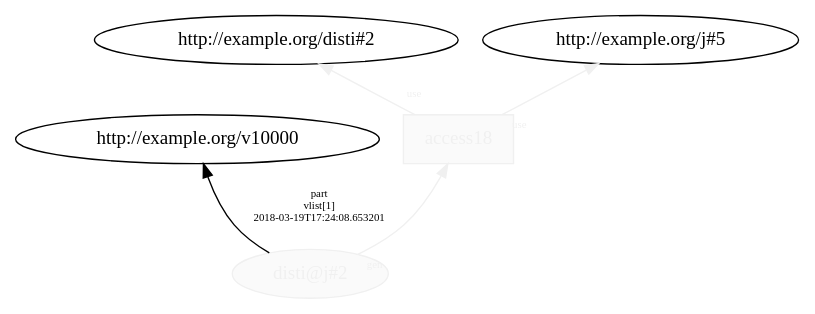
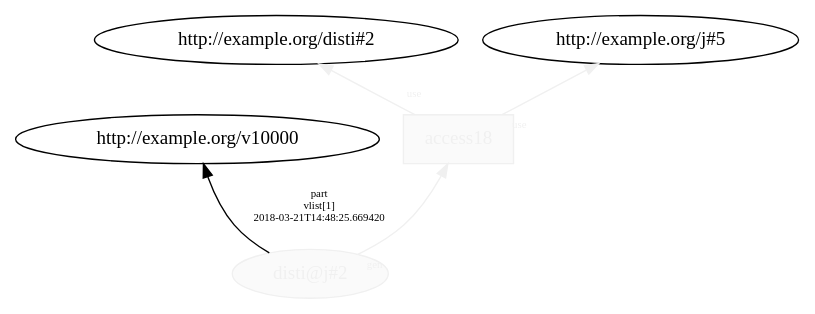
One commit to dew-uff/versioned-prov changed the diagram in generated/mutable_prov/temp/L20__access_2.dot. Above: the diagram before and after it, drawn with Graphviz. The commit also changed 779 other files, not shown here.

```diff
--- a/generated/mutable_prov/temp/L20__access_2.dot
+++ b/generated/mutable_prov/temp/L20__access_2.dot
@@ -1,10 +1,10 @@
 digraph "PROV" { size="16,12"; rankdir="BT";
 "http://example.org/disti@j#2" [fillcolor="#FAFAFA",color="#F0F0F0",style="filled",fontcolor="#F0F0F0",label="disti@j#2",URL="http://example.org/disti@j#2"]
 "http://example.org/disti@j#2" -> "http://example.org/v10000" [fontsize="8",distance="1.5",angle="60.0",rotation="20",label="part
 vlist[1]
-2018-03-19T17:24:08.653201"]
+2018-03-21T14:48:25.669420"]
 "http://example.org/access18" [fillcolor="#FAFAFA",color="#F0F0F0",shape="polygon",sides="4",style="filled",fontcolor="#F0F0F0",label="access18",URL="http://example.org/access18"]
 "http://example.org/access18" -> "http://example.org/disti#2" [labelfontsize="8",labeldistance="1.5",labelangle="60.0",rotation="20",taillabel="use",fontcolor="#F0F0F0",color="#F0F0F0"]
 "http://example.org/access18" -> "http://example.org/j#5" [labelfontsize="8",labeldistance="1.5",labelangle="60.0",rotation="20",taillabel="use",fontcolor="#F0F0F0",color="#F0F0F0"]
 "http://example.org/disti@j#2" -> "http://example.org/access18" [labelfontsize="8",labeldistance="1.5",labelangle="60.0",rotation="20",taillabel="gen",fontcolor="#F0F0F0",color="#F0F0F0"]
 }
```
